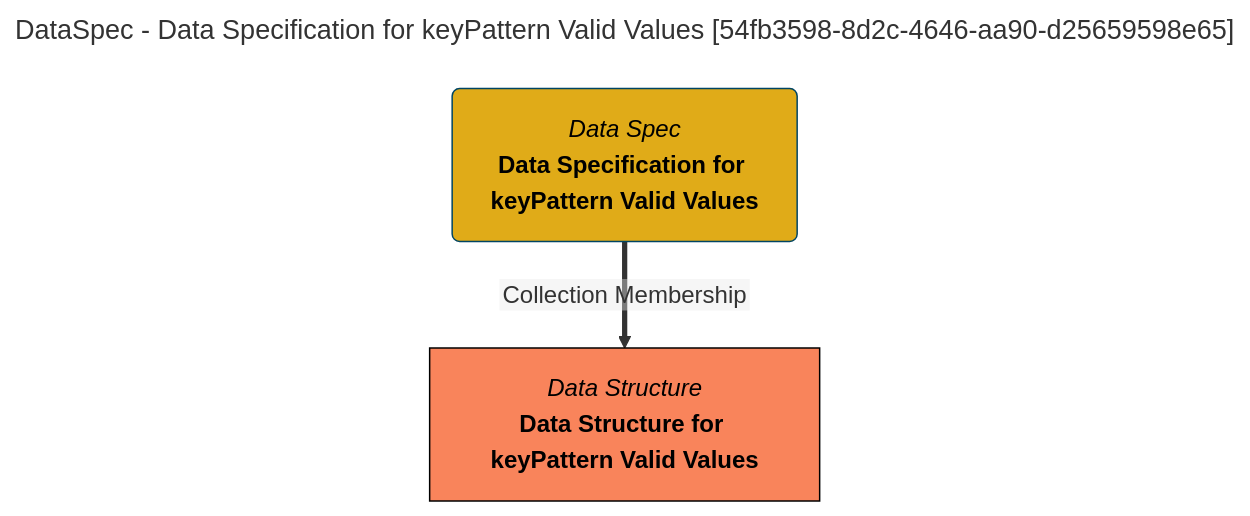
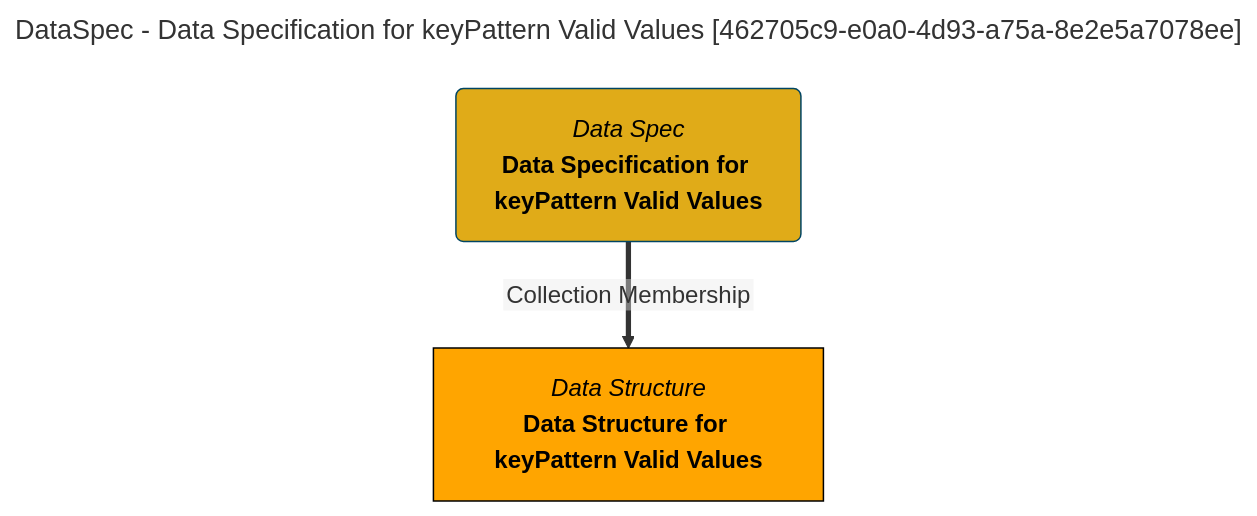
One commit to odpi/egeria-docs changed the diagram in site/snippets/collections/data-specs/data-specification-for-keypattern-valid-values-mermaid-graph.md. Above: the diagram before and after it, drawn with Mermaid. The commit also changed 2201 other files, not shown here.

````diff
--- a/site/snippets/collections/data-specs/data-specification-for-keypattern-valid-values-mermaid-graph.md
+++ b/site/snippets/collections/data-specs/data-specification-for-keypattern-valid-values-mermaid-graph.md
@@ -1,15 +1,15 @@
 ```mermaid
 ---
-title: DataSpec - Data Specification for keyPattern Valid Values [54fb3598-8d2c-4646-aa90-d25659598e65]
+title: DataSpec - Data Specification for keyPattern Valid Values [462705c9-e0a0-4d93-a75a-8e2e5a7078ee]
 ---
 flowchart TD
 %%{init: {"flowchart": {"htmlLabels": false}} }%%
 
 1@{ shape: rounded, label: "*Data Spec*
 **Data Specification for keyPattern Valid Values**"}
 2@{ shape: rect, label: "*Data Structure*
 **Data Structure for keyPattern Valid Values**"}
 1==>|"Collection Membership"|2
 style 1 color:#000000, fill:#e0ab18, stroke:#004563
-style 2 color:#000000, fill:#f9845b, stroke:#000000
+style 2 color:#000000, fill:#FFA500, stroke:#000000
 ```
````
